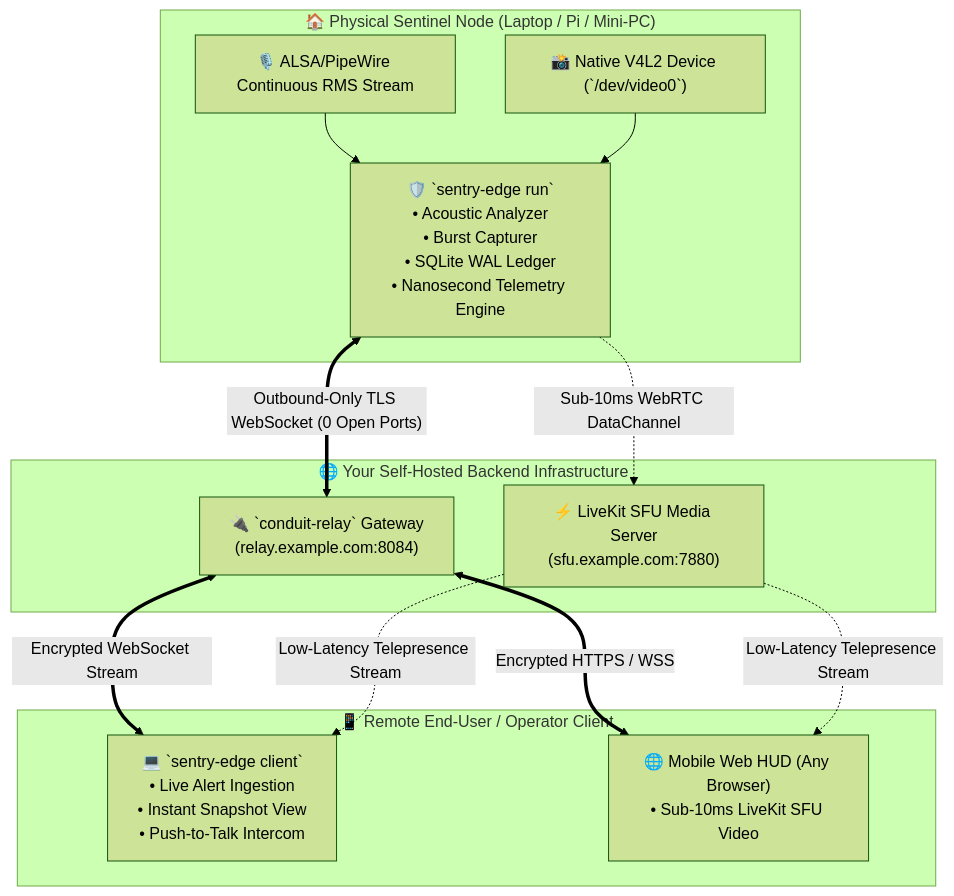
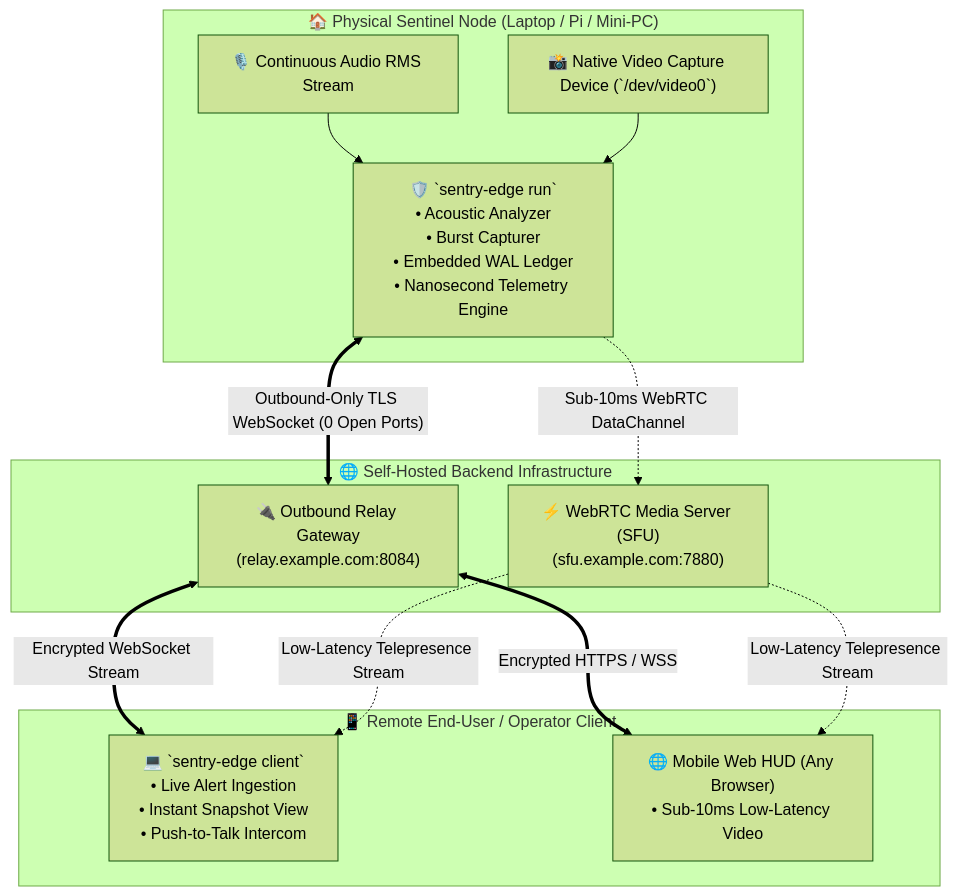
The second of 2 diagrams in README.md (xuoxod/sentry-edge), drawn with Mermaid (forest theme) before and after one commit. The commit also changed other lines of this file and 5 other files, not shown here.

````diff
--- a/README.md
+++ b/README.md
@@ -81,27 +77,27 @@
 ```mermaid
 graph TD
     subgraph EdgeDevice["🏠 Physical Sentinel Node (Laptop / Pi / Mini-PC)"]
-        Mic["🎙️ ALSA/PipeWire Continuous RMS Stream"]
-        Cam["📸 Native V4L2 Device (`/dev/video0`)"]
-        SentryDaemon["🛡️ `sentry-edge run`<br/>• Acoustic Analyzer<br/>• Burst Capturer<br/>• SQLite WAL Ledger<br/>• Nanosecond Telemetry Engine"]
+        Mic["🎙️ Continuous Audio RMS Stream"]
+        Cam["📸 Native Video Capture Device (`/dev/video0`)"]
+        SentryDaemon["🛡️ `sentry-edge run`<br/>• Acoustic Analyzer<br/>• Burst Capturer<br/>• Embedded WAL Ledger<br/>• Nanosecond Telemetry Engine"]
     end
 
-    subgraph SovereignBackend["🌐 Your Self-Hosted Backend Infrastructure"]
-        ConduitRelay["🔌 `conduit-relay` Gateway<br/>(relay.example.com:8084)"]
-        LiveKitSFU["⚡ LiveKit SFU Media Server<br/>(sfu.example.com:7880)"]
+    subgraph SovereignBackend["🌐 Self-Hosted Backend Infrastructure"]
+        RelayGateway["🔌 Outbound Relay Gateway<br/>(relay.example.com:8084)"]
+        MediaSFU["⚡ WebRTC Media Server (SFU)<br/>(sfu.example.com:7880)"]
     end
 
     subgraph OperatorViewport["📱 Remote End-User / Operator Client"]
         ClientApp["💻 `sentry-edge client`<br/>• Live Alert Ingestion<br/>• Instant Snapshot View<br/>• Push-to-Talk Intercom"]
-        MobileHUD["🌐 Mobile Web HUD (Any Browser)<br/>• Sub-10ms LiveKit SFU Video"]
+        MobileHUD["🌐 Mobile Web HUD (Any Browser)<br/>• Sub-10ms Low-Latency Video"]
     end
 
     Mic --> SentryDaemon
     Cam --> SentryDaemon
-    SentryDaemon <== "Outbound-Only TLS WebSocket (0 Open Ports)" ==> ConduitRelay
-    SentryDaemon -.->|"Sub-10ms WebRTC DataChannel"| LiveKitSFU
-    ConduitRelay <== "Encrypted WebSocket Stream" ==> ClientApp
-    ConduitRelay <== "Encrypted HTTPS / WSS" ==> MobileHUD
-    LiveKitSFU -.->|"Low-Latency Telepresence Stream"| ClientApp
-    LiveKitSFU -.->|"Low-Latency Telepresence Stream"| MobileHUD
+    SentryDaemon <== "Outbound-Only TLS WebSocket (0 Open Ports)" ==> RelayGateway
+    SentryDaemon -.->|"Sub-10ms WebRTC DataChannel"| MediaSFU
+    RelayGateway <== "Encrypted WebSocket Stream" ==> ClientApp
+    RelayGateway <== "Encrypted HTTPS / WSS" ==> MobileHUD
+    MediaSFU -.->|"Low-Latency Telepresence Stream"| ClientApp
+    MediaSFU -.->|"Low-Latency Telepresence Stream"| MobileHUD
 ```
````
